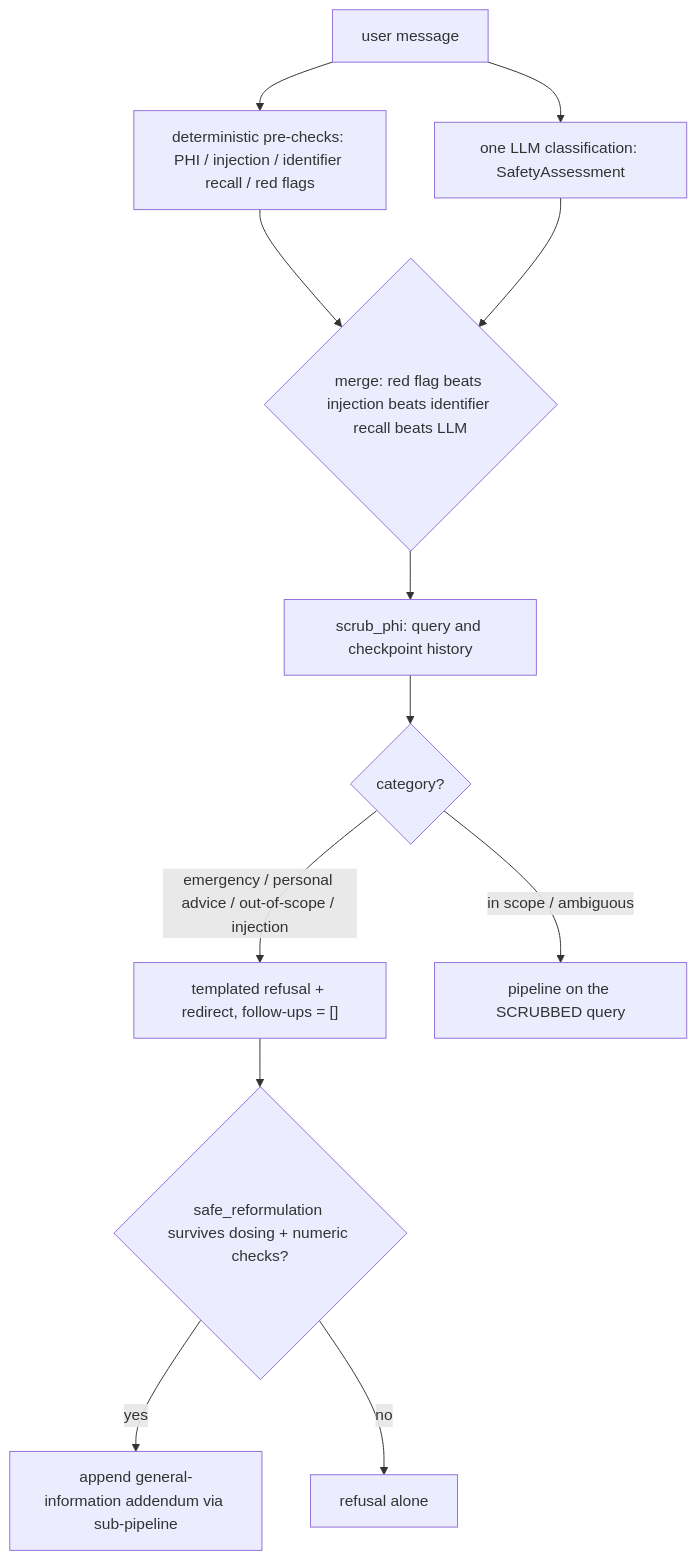
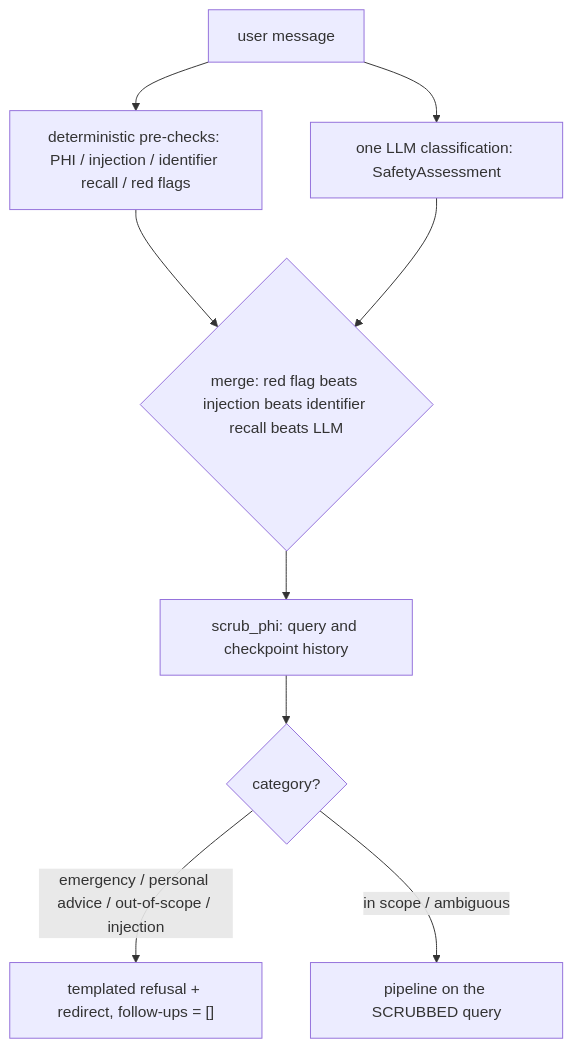
The diagram in openwiki/safety/gate.md (siddicky/healthcare-rag-langgraph), drawn with Mermaid before and after one commit. The commit also changed other lines of this file and 9 other files, not shown here.

Commit message:
docs: terminal-refusal policy and graph topology; openwiki regenerated at branch scope (addendum removed, refusal boundaries + carve-out documented; unrelated privacy/pageindex regen stripped)

````diff
--- a/openwiki/safety/gate.md
+++ b/openwiki/safety/gate.md
@@ -27,14 +27,11 @@
 ```mermaid
 flowchart TD
   Q["user message"] --> P["deterministic pre-checks: PHI / injection / identifier recall / red flags"]
   Q --> L["one LLM classification: SafetyAssessment"]
   P --> M{"merge: red flag beats injection beats identifier recall beats LLM"}
   L --> M
   M --> S["scrub_phi: query and checkpoint history"]
   S --> C{"category?"}
   C -->|emergency / personal advice / out-of-scope / injection| T["templated refusal + redirect, follow-ups = []"]
   C -->|in scope / ambiguous| N["pipeline on the SCRUBBED query"]
-  T --> A{"safe_reformulation survives dosing + numeric checks?"}
-  A -->|yes| AD["append general-information addendum via sub-pipeline"]
-  A -->|no| R["refusal alone"]
 ```
````
